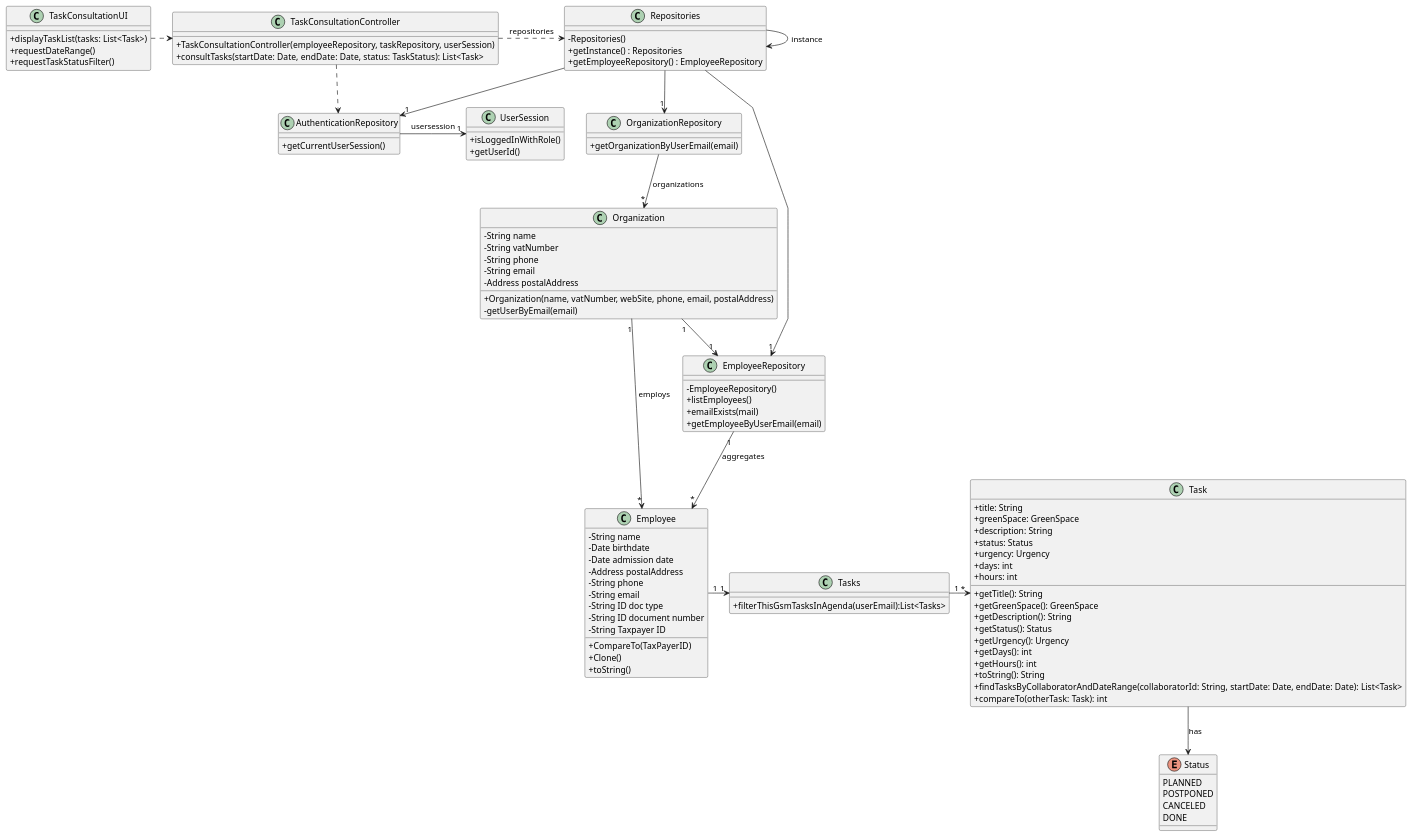
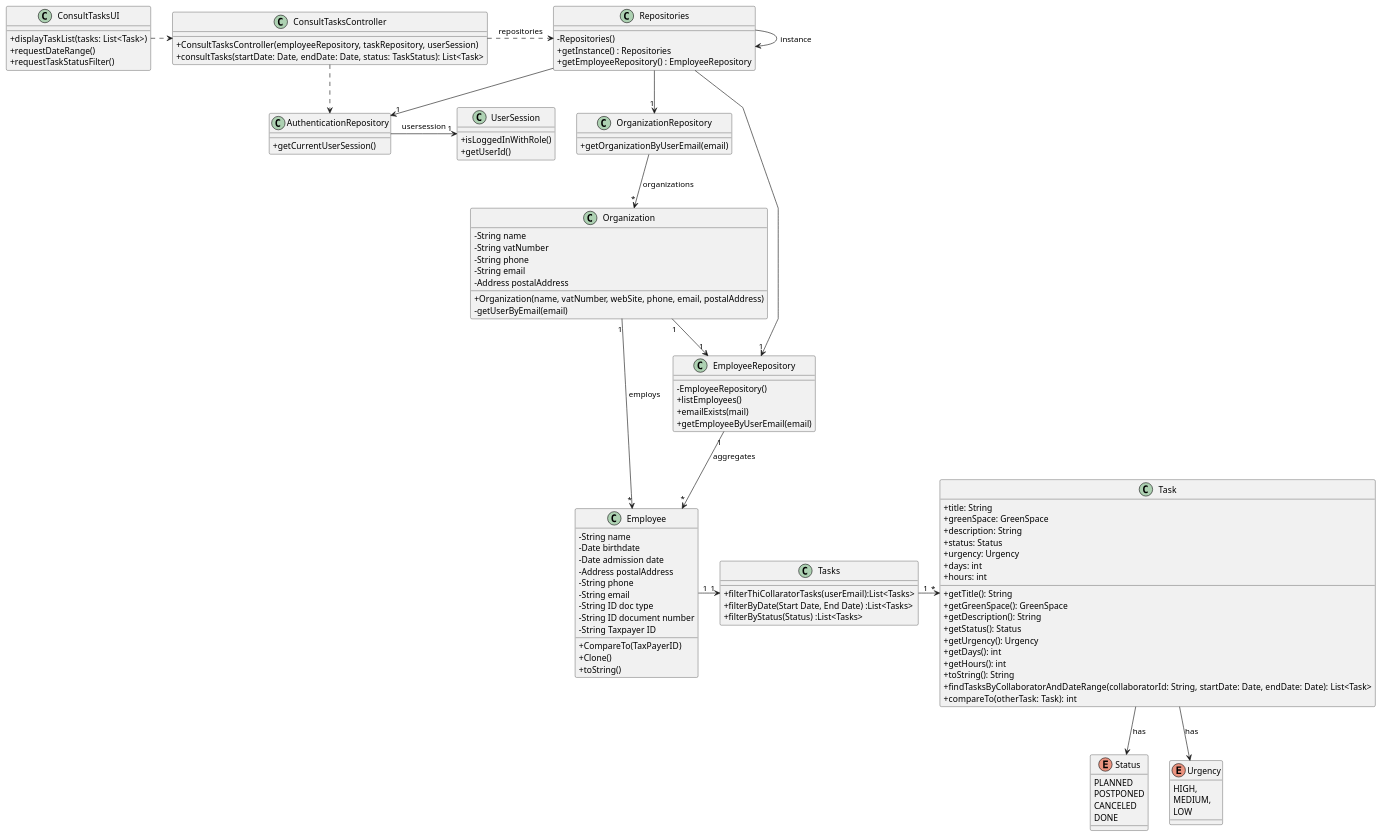
The diagram in docs/sprintC/US028/03.design/puml/us028-class-diagram.puml (Mendoncaa/LAPR2), drawn with PlantUML before and after one commit. The commit also changed 12 other files, not shown here.

Commit message:
ssd (US01; US04); class diagram and sequence diagram (US28; US29), code test AssignSkillControllerTes, CreateSkillControllerTest

```diff
--- a/docs/sprintC/US028/03.design/puml/us028-class-diagram.puml
+++ b/docs/sprintC/US028/03.design/puml/us028-class-diagram.puml
@@ -1,128 +1,137 @@
 @startuml
 'skinparam monochrome true
 skinparam packageStyle rectangle
 skinparam shadowing false
 skinparam linetype polyline
 'skinparam linetype orto
 
 skinparam classAttributeIconSize 0
 
 'left to right direction
 
 
-class TaskConsultationUI {
+class ConsultTasksUI {
     + displayTaskList(tasks: List<Task>)
     + requestDateRange()
     + requestTaskStatusFilter()
 }
 
-class TaskConsultationController {
-    + TaskConsultationController(employeeRepository, taskRepository, userSession)
+class ConsultTasksController {
+    + ConsultTasksController(employeeRepository, taskRepository, userSession)
     + consultTasks(startDate: Date, endDate: Date, status: TaskStatus): List<Task>
 }
 
 class Repositories {
     - Repositories()
     + getInstance() : Repositories
     + getEmployeeRepository() : EmployeeRepository
 }
 
 class OrganizationRepository {
     + getOrganizationByUserEmail(email)
 }
 
 class Organization {
     - String name
     - String vatNumber
     - String phone
     - String email
     - Address postalAddress
     + Organization(name, vatNumber, webSite, phone, email, postalAddress)
     - getUserByEmail(email)
 }
 
 class AuthenticationRepository {
     + getCurrentUserSession()
 }
 
 class UserSession {
     + isLoggedInWithRole()
     + getUserId()
 }
 
 class EmployeeRepository {
     - EmployeeRepository()
     + listEmployees()
     + emailExists(mail)
     + getEmployeeByUserEmail(email)
 }
 
 class Employee {
     - String name
     - Date birthdate
     - Date admission date
     - Address postalAddress
     - String phone
     - String email
     - String ID doc type
     - String ID document number
     - String Taxpayer ID
     + CompareTo(TaxPayerID)
     + Clone()
     + toString()
 }
 
 
 class Tasks {
-    +filterThisGsmTasksInAgenda(userEmail):List<Tasks>
+    +filterThiCollaratorTasks(userEmail):List<Tasks>
+    +filterByDate(Start Date, End Date) :List<Tasks>
+    +filterByStatus(Status) :List<Tasks>
 }
 
 class Task {
     + title: String
     + greenSpace: GreenSpace
     + description: String
     + status: Status
     + urgency: Urgency
     + days: int
     + hours: int
     + getTitle(): String
     + getGreenSpace(): GreenSpace
     + getDescription(): String
     + getStatus(): Status
     + getUrgency(): Urgency
     + getDays(): int
     + getHours(): int
     + toString(): String
     + findTasksByCollaboratorAndDateRange(collaboratorId: String, startDate: Date, endDate: Date): List<Task>
     + compareTo(otherTask: Task): int
 }
 
 
 enum Status {
     PLANNED
     POSTPONED
     CANCELED
     DONE
 }
 
+enum Urgency {
+    HIGH,
+    MEDIUM,
+    LOW
+}
+
 
 
 
 
 Repositories -> Repositories : instance
-TaskConsultationUI .> TaskConsultationController
-TaskConsultationController.> AuthenticationRepository
+ConsultTasksUI .> ConsultTasksController
+ConsultTasksController.> AuthenticationRepository
 Repositories --> "1" OrganizationRepository
 OrganizationRepository --> "*" Organization : organizations
 Organization "1" --> "1" EmployeeRepository
 Organization "1" --> "*" Employee : employs
-TaskConsultationController .> Repositories : repositories
+ConsultTasksController .> Repositories : repositories
 Repositories --> "1" AuthenticationRepository
 Repositories --> "1" EmployeeRepository
 AuthenticationRepository -> "1" UserSession : usersession
 EmployeeRepository "1" --> "*" Employee : aggregates
 Tasks "1" -> "*" Task
 Task --> Status : has
+Task --> Urgency : has
 Employee "1" -> "1" Tasks
 
 @enduml
```
